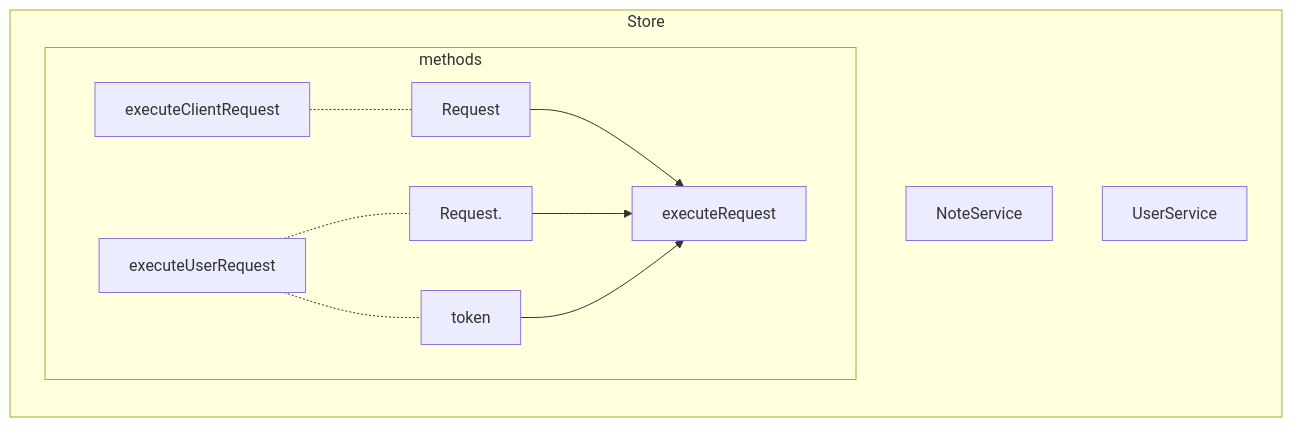
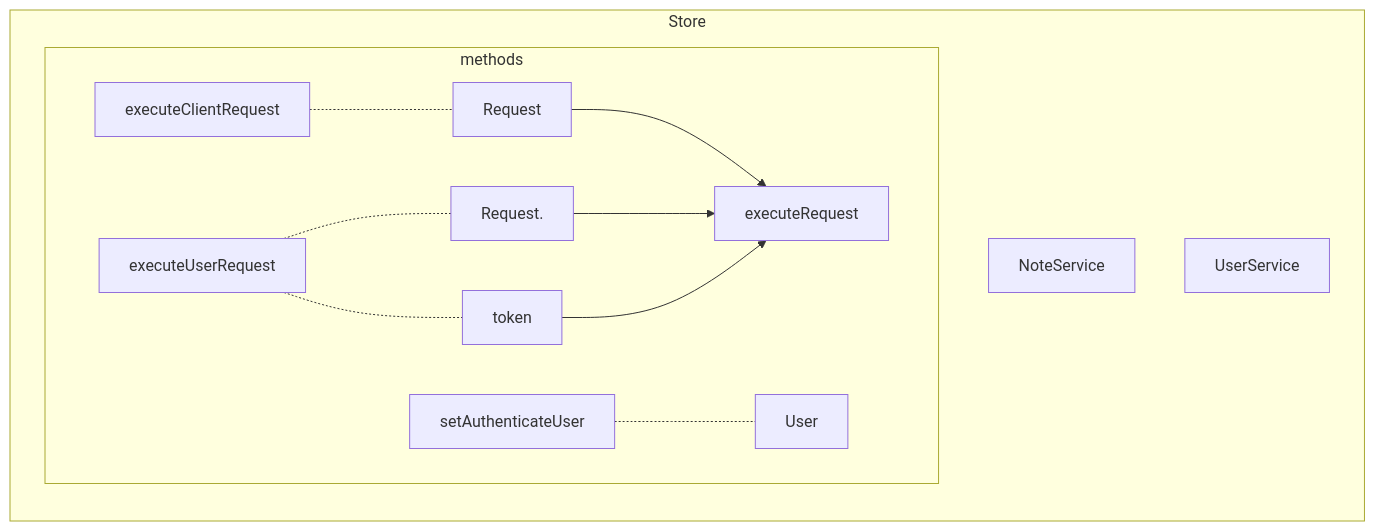
Before and after one commit to gordianknotC/nxp_note: the first of 13 diagrams in aqueduct/todoapp/ui_part.md, drawn with Mermaid. The commit also changed other lines of this file, not shown here.

````diff
--- a/aqueduct/todoapp/ui_part.md
+++ b/aqueduct/todoapp/ui_part.md
@@ -2,15 +2,16 @@
 ```mermaid
 graph LR
 subgraph Store
 	NoteService
 	UserService
 	subgraph methods
 		executeClientRequest -.- Request
 		executeUserRequest -.- Request.
 		executeUserRequest -.- token
 		Request --> executeRequest
 		Request. --> executeRequest
 		token --> executeRequest 
+		setAuthenticateUser -.- User
 	end
 end
 ```
````
